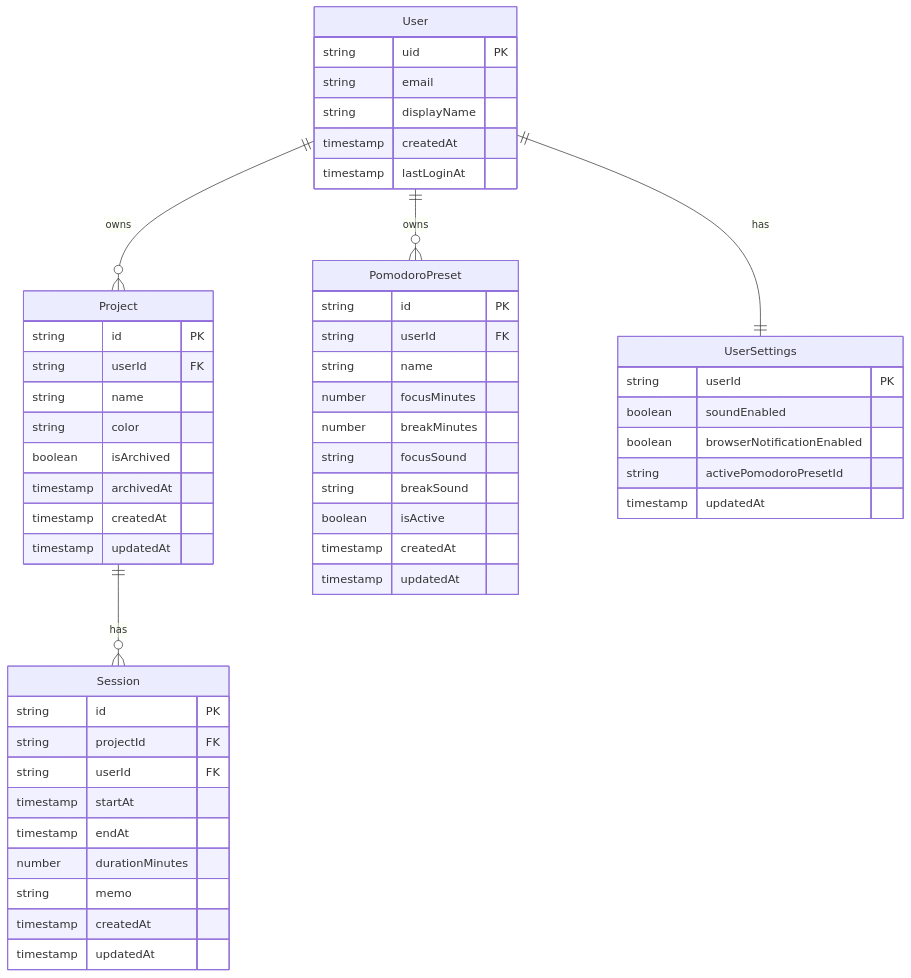
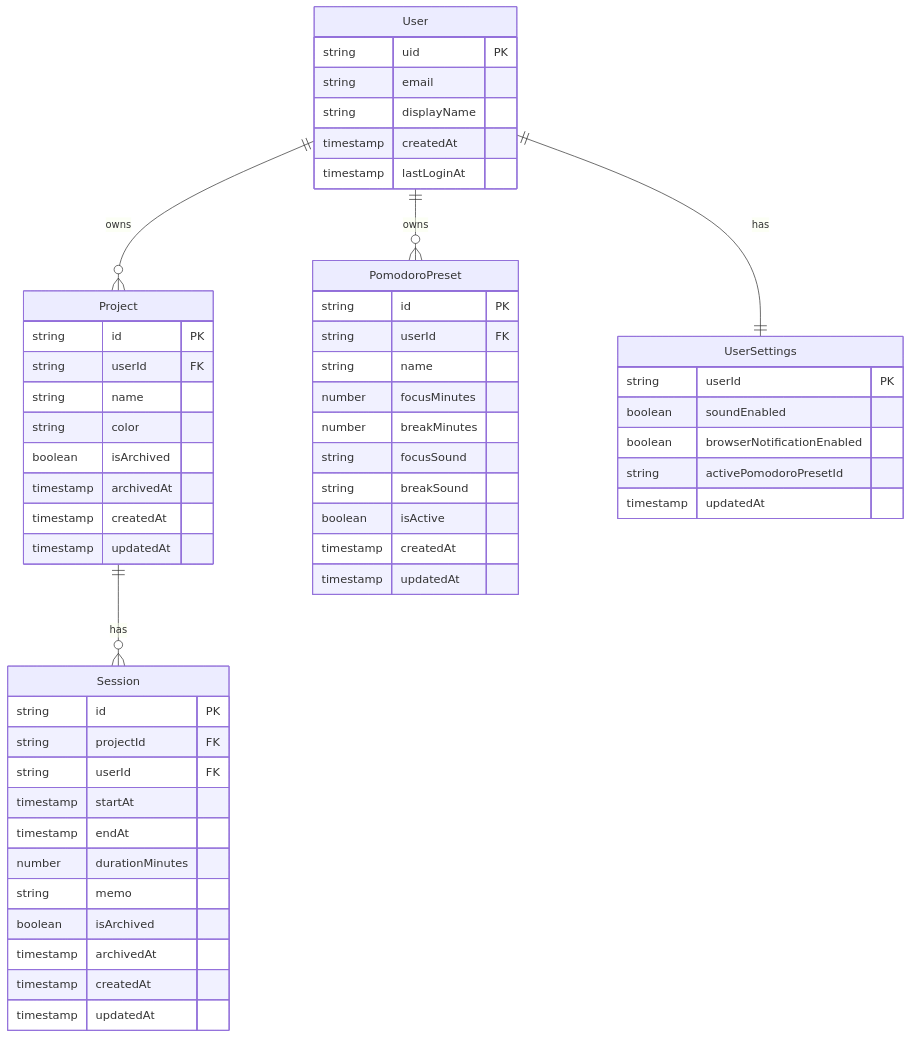
One commit to mgmaru/harunoa-prototype changed the diagram in docs/02_data-model.md. Above: the diagram before and after it, drawn with Mermaid. The commit also changed other lines of this file and 12 other files, not shown here.

````diff
--- a/docs/02_data-model.md
+++ b/docs/02_data-model.md
@@ -17,59 +17,61 @@
 ```mermaid
 erDiagram
     User ||--o{ Project : owns
     User ||--o{ PomodoroPreset : owns
     User ||--|| UserSettings : has
     Project ||--o{ Session : has
     
     User {
         string uid PK
         string email
         string displayName
         timestamp createdAt
         timestamp lastLoginAt
     }
     
     Project {
         string id PK
         string userId FK
         string name
         string color
         boolean isArchived
         timestamp archivedAt
         timestamp createdAt
         timestamp updatedAt
     }
     
     Session {
         string id PK
         string projectId FK
         string userId FK
         timestamp startAt
         timestamp endAt
         number durationMinutes
         string memo
+        boolean isArchived
+        timestamp archivedAt
         timestamp createdAt
         timestamp updatedAt
     }
     
     PomodoroPreset {
         string id PK
         string userId FK
         string name
         number focusMinutes
         number breakMinutes
         string focusSound
         string breakSound
         boolean isActive
         timestamp createdAt
         timestamp updatedAt
     }
     
     UserSettings {
         string userId PK
         boolean soundEnabled
         boolean browserNotificationEnabled
         string activePomodoroPresetId
         timestamp updatedAt
     }
 ```
````
